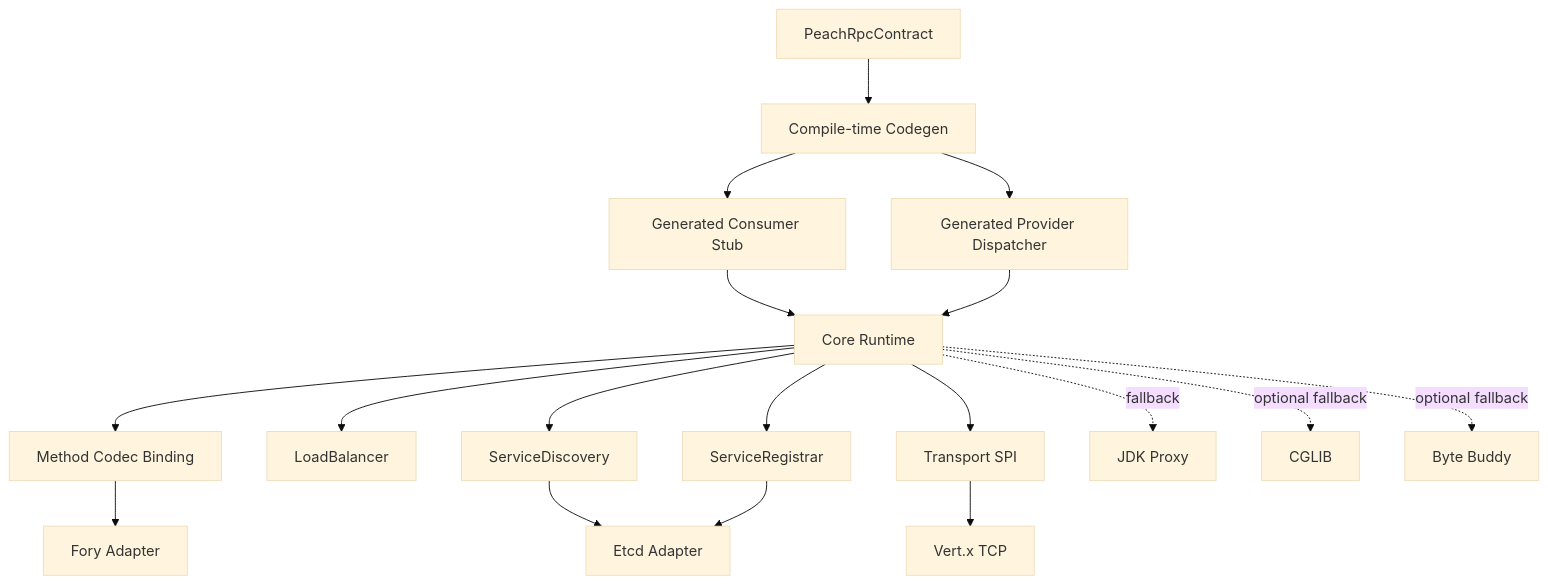
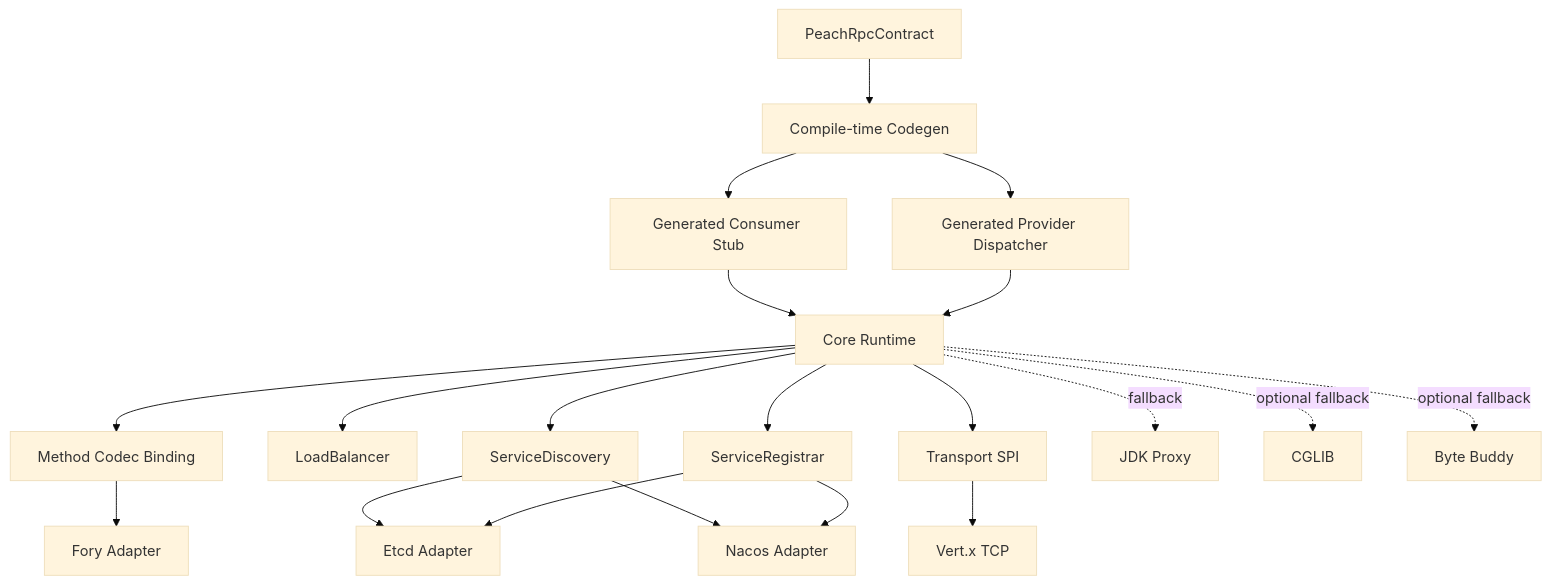
One commit to Ryan-Guizhou/peach-rpc changed the first of 3 diagrams in docs/architecture.md. Above: the diagram before and after it, drawn with Mermaid (base theme). The commit also changed other lines of this file and 6 other files, not shown here.

````diff
--- a/docs/architecture.md
+++ b/docs/architecture.md
@@ -15,20 +15,22 @@
 ```mermaid
 flowchart TB
     Contract[PeachRpcContract] --> Codegen[Compile-time Codegen]
     Codegen --> Stub[Generated Consumer Stub]
     Codegen --> Dispatcher[Generated Provider Dispatcher]
     Stub --> Core[Core Runtime]
     Dispatcher --> Core
     Core --> Codec[Method Codec Binding]
     Core --> LB[LoadBalancer]
     Core --> Discovery[ServiceDiscovery]
     Core --> Registrar[ServiceRegistrar]
     Core --> Transport[Transport SPI]
     Codec --> Fory[Fory Adapter]
     Discovery --> Etcd[Etcd Adapter]
     Registrar --> Etcd
+    Discovery --> Nacos[Nacos Adapter]
+    Registrar --> Nacos
     Transport --> Vertx[Vert.x TCP]
     Core -. fallback .-> JDK[JDK Proxy]
     Core -. optional fallback .-> Cglib[CGLIB]
     Core -. optional fallback .-> ByteBuddy[Byte Buddy]
 ```
````
